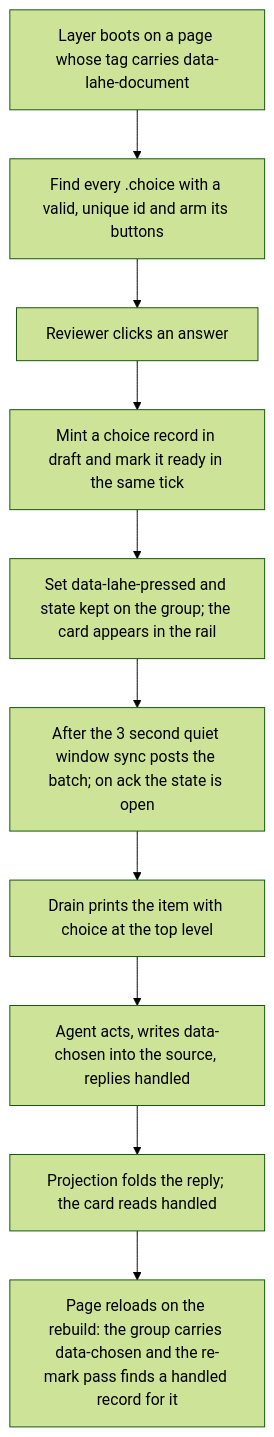
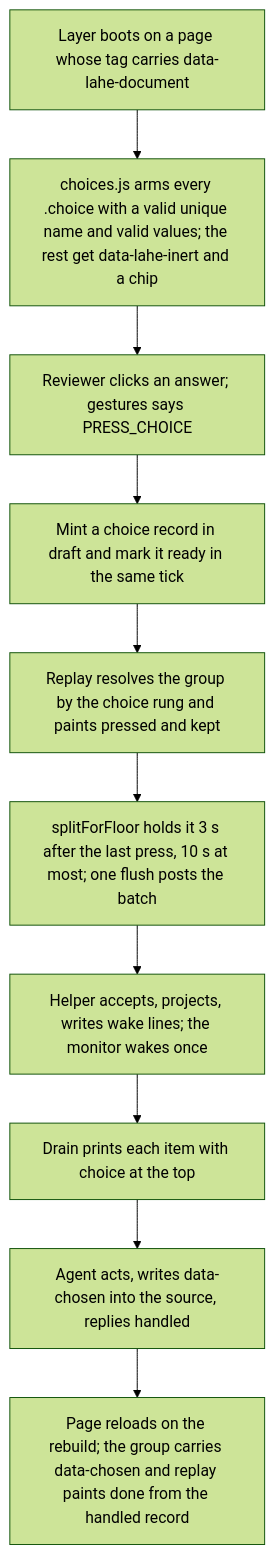
Before and after one commit to kenxle/live-agentic-html-editor: the first of 2 diagrams in docs/features/20261013.01_choice_buttons/02_architecture_choice_buttons.md, drawn with Mermaid (forest theme). The commit also changed other lines of this file and 4 other files, not shown here.

Commit message:
Choice buttons: architect review folded in (14 findings): data-choice name, anchor rung, press hold in splitForFloor, wake count measured; board row for a monitor quiet spell

````diff
--- a/docs/features/20261013.01_choice_buttons/02_architecture_choice_buttons.md
+++ b/docs/features/20261013.01_choice_buttons/02_architecture_choice_buttons.md
@@ -111,12 +126,12 @@
 ```mermaid
 flowchart TD
-  A[Layer boots on a page whose tag carries data-lahe-document] --> B[Find every .choice with a valid, unique id and arm its buttons]
-  B --> C[Reviewer clicks an answer]
+  A[Layer boots on a page whose tag carries data-lahe-document] --> B[choices.js arms every .choice with a valid unique name and valid values; the rest get data-lahe-inert and a chip]
+  B --> C[Reviewer clicks an answer; gestures says PRESS_CHOICE]
   C --> D[Mint a choice record in draft and mark it ready in the same tick]
-  D --> E[Set data-lahe-pressed and state kept on the group; the card appears in the rail]
-  E --> F[After the 3 second quiet window sync posts the batch; on ack the state is open]
-  F --> G[Drain prints the item with choice at the top level]
-  G --> H[Agent acts, writes data-chosen into the source, replies handled]
-  H --> I[Projection folds the reply; the card reads handled]
-  I --> J[Page reloads on the rebuild: the group carries data-chosen and the re-mark pass finds a handled record for it]
+  D --> E[Replay resolves the group by the choice rung and paints pressed and kept]
+  E --> F[splitForFloor holds it 3 s after the last press, 10 s at most; one flush posts the batch]
+  F --> G[Helper accepts, projects, writes wake lines; the monitor wakes once]
+  G --> H[Drain prints each item with choice at the top]
+  H --> I[Agent acts, writes data-chosen into the source, replies handled]
+  I --> J[Page reloads on the rebuild; the group carries data-chosen and replay paints done from the handled record]
 ```
````
